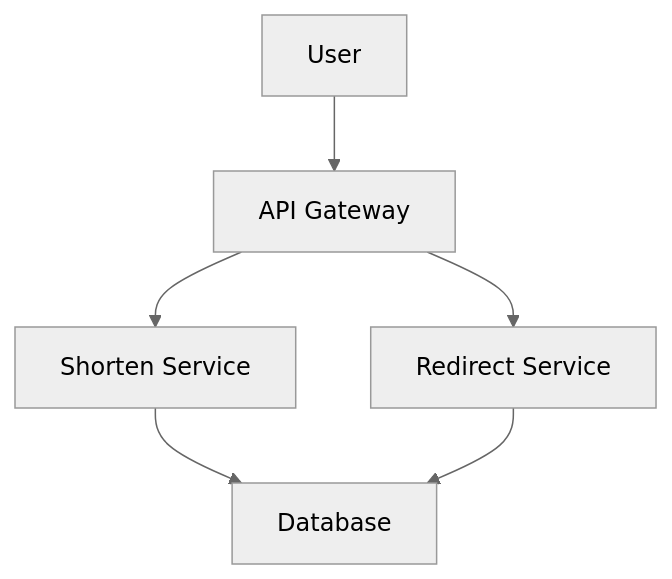
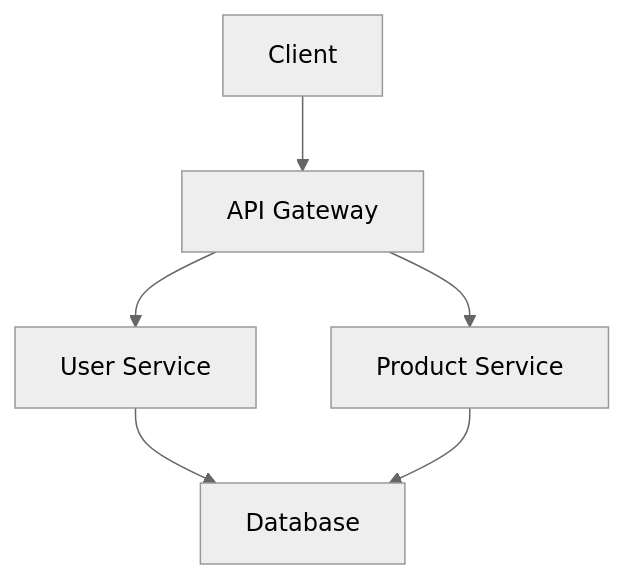
Before and after one commit to VrushankPatel/interview-matters: the first of 2 diagrams in lld-hld-basics/README.md, drawn with Mermaid (neutral theme). The commit also changed other lines of this file and 5 other files, not shown here.

````diff
--- a/lld-hld-basics/README.md
+++ b/lld-hld-basics/README.md
@@ -51,8 +59,8 @@
 ```mermaid
 graph TD
-    A[User] --> B[API Gateway]
-    B --> C[Shorten Service]
-    B --> D[Redirect Service]
+    A[Client] --> B[API Gateway]
+    B --> C[User Service]
+    B --> D[Product Service]
     C --> E[Database]
     D --> E
 ```
````
